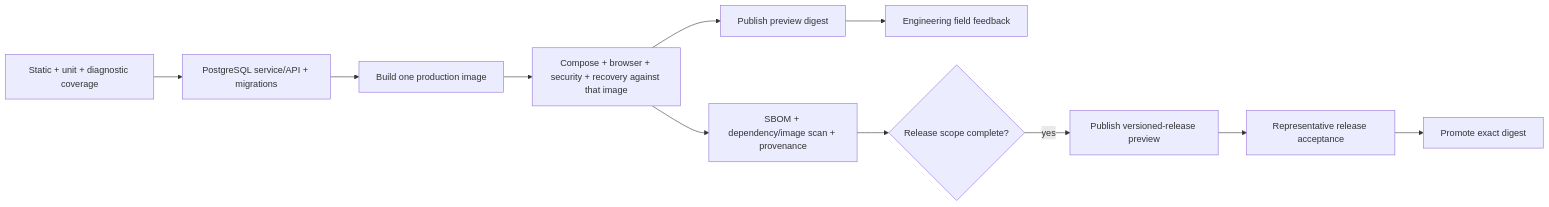
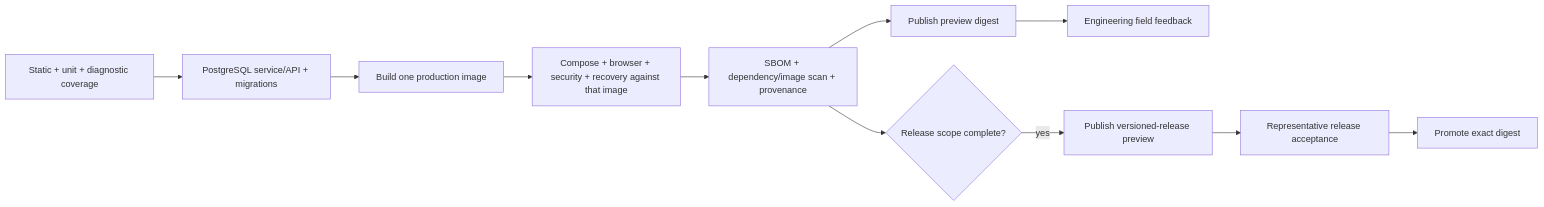
Before and after one commit to tomlawesome/orbit: the diagram in docs/quality-strategy.md, drawn with Mermaid. The commit also changed other lines of this file and 11 other files, not shown here.

````diff
--- a/docs/quality-strategy.md
+++ b/docs/quality-strategy.md
@@ -84,19 +84,19 @@
 ```mermaid
 flowchart LR
     fast["Static + unit + diagnostic coverage"]
     integration["PostgreSQL service/API + migrations"]
     build["Build one production image"]
     system["Compose + browser + security + recovery against that image"]
     supply["SBOM + dependency/image scan + provenance"]
     preview["Publish preview digest"]
     feedback["Engineering field feedback"]
     ready{"Release scope complete?"}
     releasePreview["Publish versioned-release preview"]
     manual["Representative release acceptance"]
     promote["Promote exact digest"]
 
     fast --> integration --> build --> system
-    system --> preview --> feedback
-    system --> supply --> ready
+    system --> supply --> preview --> feedback
+    supply --> ready
     ready -->|"yes"| releasePreview --> manual --> promote
 ```
````
